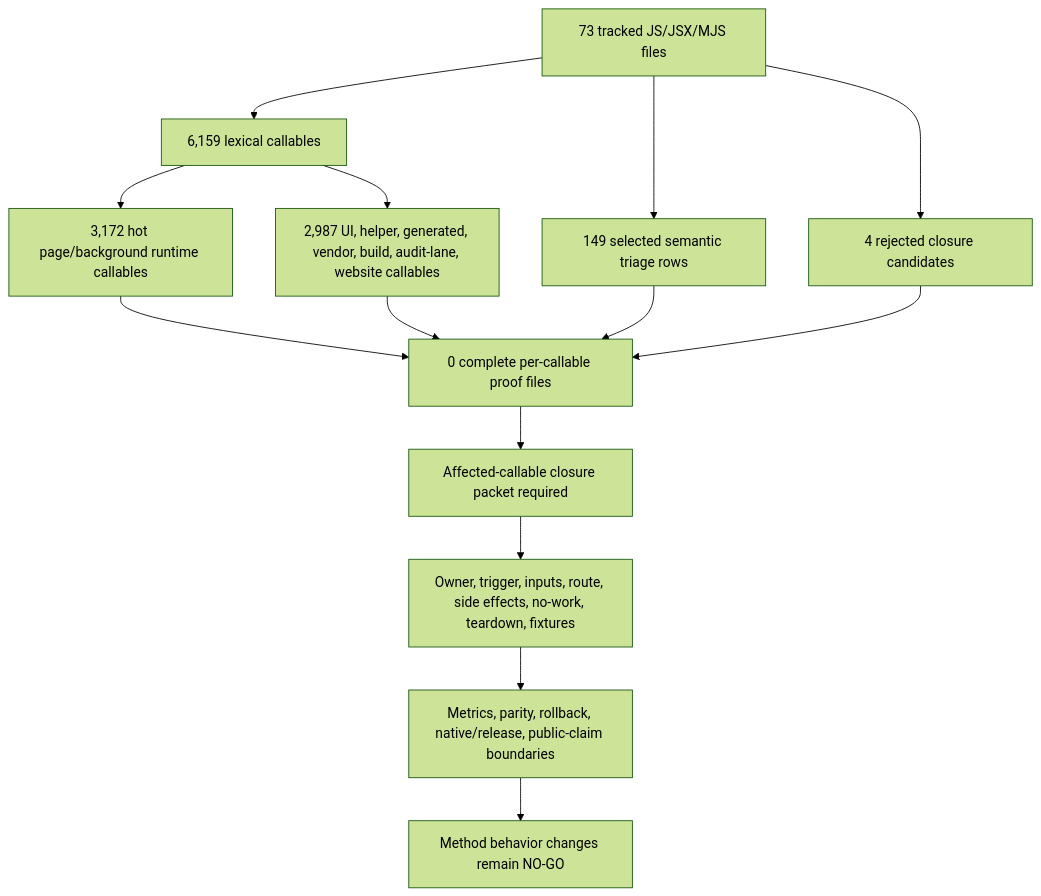
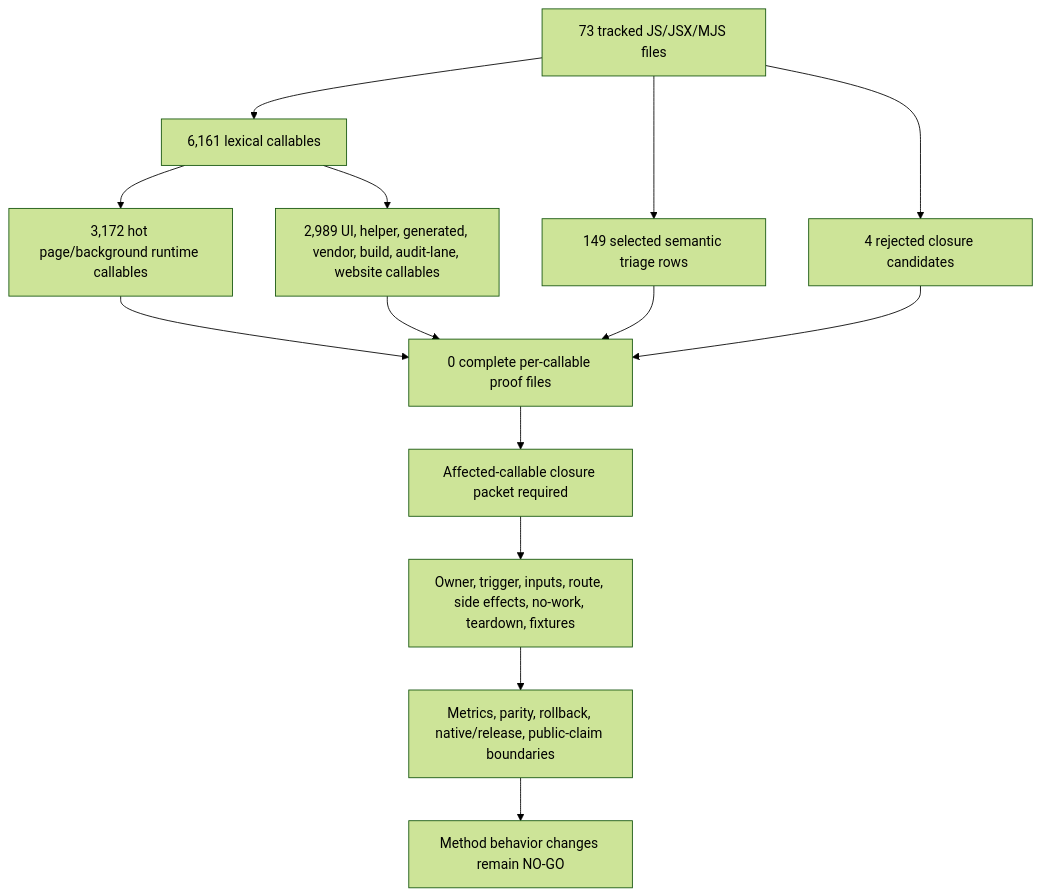
Before and after one commit to varshneydevansh/FilterTube: the first of 2 diagrams in docs/audit/FILTERTUBE_METHOD_SEMANTIC_PROOF_GAP_INDEX_CURRENT_BEHAVIOR_2026-05-25.md, drawn with Mermaid (forest theme). The commit also changed other lines of this file and 53 other files, not shown here.

````diff
--- a/docs/audit/FILTERTUBE_METHOD_SEMANTIC_PROOF_GAP_INDEX_CURRENT_BEHAVIOR_2026-05-25.md
+++ b/docs/audit/FILTERTUBE_METHOD_SEMANTIC_PROOF_GAP_INDEX_CURRENT_BEHAVIOR_2026-05-25.md
@@ -147,16 +147,16 @@
 ```mermaid
 flowchart TD
-  A["73 tracked JS/JSX/MJS files"] --> B["6,159 lexical callables"]
+  A["73 tracked JS/JSX/MJS files"] --> B["6,161 lexical callables"]
   B --> C["3,172 hot page/background runtime callables"]
-  B --> D["2,987 UI, helper, generated, vendor, build, audit-lane, website callables"]
+  B --> D["2,989 UI, helper, generated, vendor, build, audit-lane, website callables"]
   A --> E["149 selected semantic triage rows"]
   A --> F["4 rejected closure candidates"]
   C --> G["0 complete per-callable proof files"]
   D --> G
   E --> G
   F --> G
   G --> H["Affected-callable closure packet required"]
   H --> I["Owner, trigger, inputs, route, side effects, no-work, teardown, fixtures"]
   I --> J["Metrics, parity, rollback, native/release, public-claim boundaries"]
   J --> K["Method behavior changes remain NO-GO"]
 ```
````
